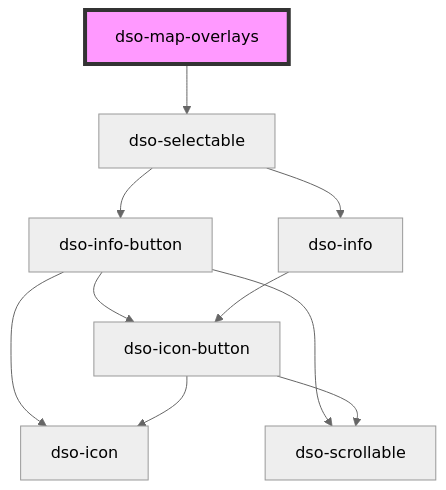
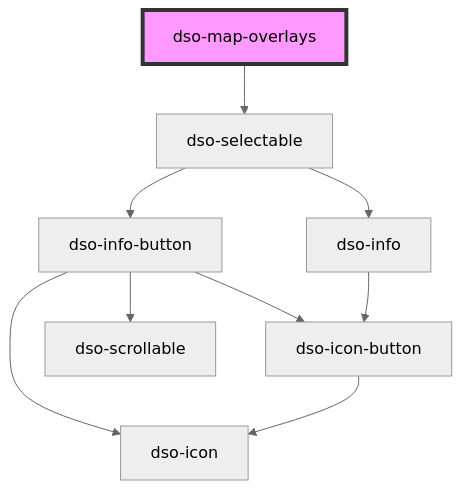
Before and after one commit to dso-toolkit/dso-toolkit: the diagram in packages/core/src/components/map-overlays/readme.md, drawn with Mermaid (neutral theme). The commit also changed 37 other files, not shown here.

````diff
--- a/packages/core/src/components/map-overlays/readme.md
+++ b/packages/core/src/components/map-overlays/readme.md
@@ -30,13 +30,12 @@
 ```mermaid
 graph TD;
   dso-map-overlays --> dso-selectable
   dso-selectable --> dso-info-button
   dso-selectable --> dso-info
   dso-info-button --> dso-icon-button
   dso-info-button --> dso-icon
   dso-info-button --> dso-scrollable
   dso-icon-button --> dso-icon
-  dso-icon-button --> dso-scrollable
   dso-info --> dso-icon-button
   style dso-map-overlays fill:#f9f,stroke:#333,stroke-width:4px
 ```
````
